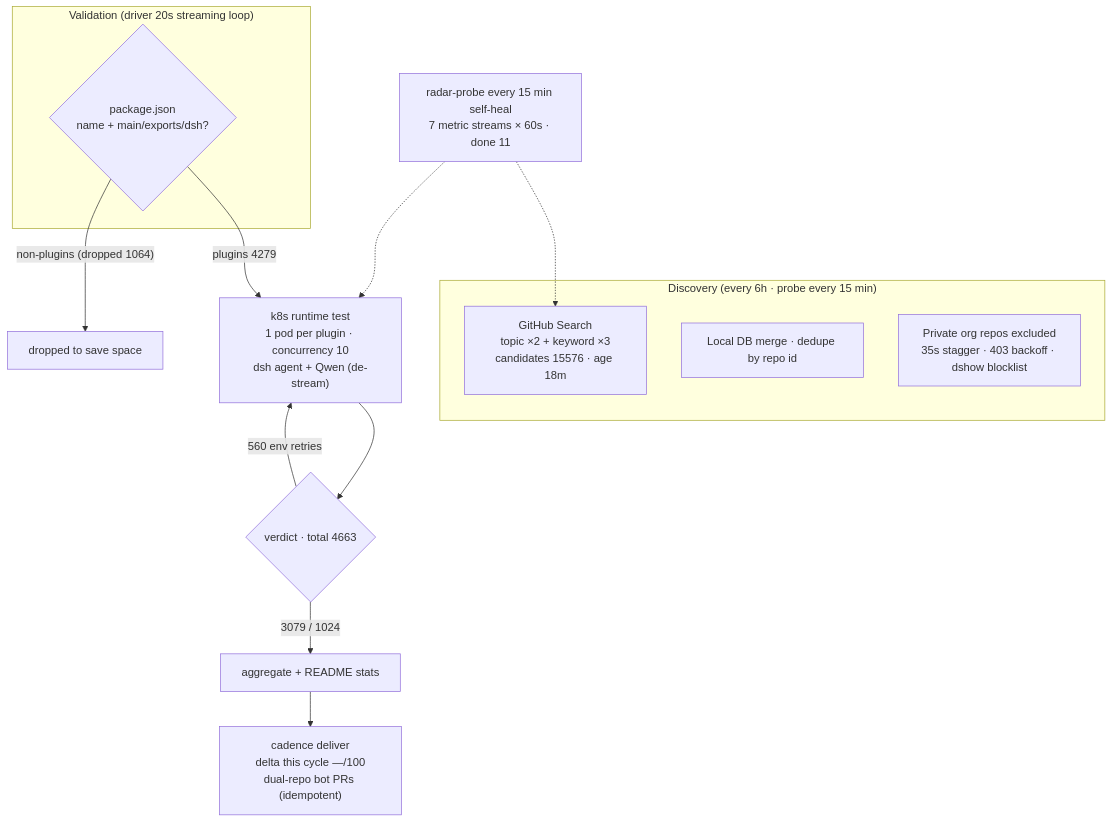
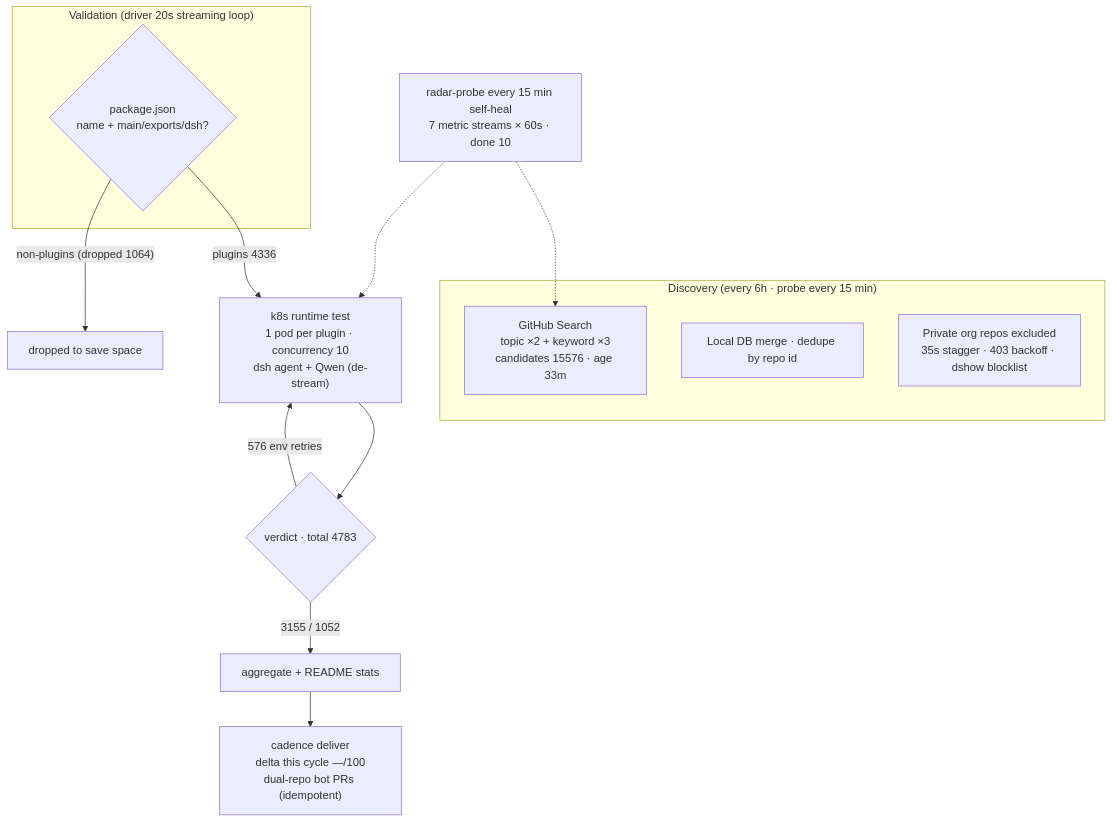
The diagram in README.en-US.md (AdamPlatin123/awesome-dsh-plugins), drawn with Mermaid before and after one commit. The commit also changed other lines of this file and 5 other files, not shown here.

````diff
--- a/README.en-US.md
+++ b/README.en-US.md
@@ -30,20 +30,20 @@
 ```mermaid
 flowchart TB
     subgraph Discovery["Discovery (every 6h · probe every 15 min)"]
-        A1["GitHub Search<br/>topic ×2 + keyword ×3<br/>candidates 15576 · age 18m"]
+        A1["GitHub Search<br/>topic ×2 + keyword ×3<br/>candidates 15576 · age 33m"]
         A2["Local DB merge · dedupe by repo id"]
         A3["Private org repos excluded<br/>35s stagger · 403 backoff · dshow blocklist"]
     end
     subgraph Validation["Validation (driver 20s streaming loop)"]
         B1{"package.json<br/>name + main/exports/dsh?"}
     end
-    B1 -->|"plugins 4279"| C1["k8s runtime test<br/>1 pod per plugin · concurrency 10<br/>dsh agent + Qwen (de-stream)"]
+    B1 -->|"plugins 4336"| C1["k8s runtime test<br/>1 pod per plugin · concurrency 10<br/>dsh agent + Qwen (de-stream)"]
     B1 -->|"non-plugins (dropped 1064)"| B3["dropped to save space"]
-    C1 --> D1{"verdict · total 4663"}
-    D1 -->|"3079 / 1024"| E1["aggregate + README stats"]
-    D1 -->|"560 env retries"| C1
+    C1 --> D1{"verdict · total 4783"}
+    D1 -->|"3155 / 1052"| E1["aggregate + README stats"]
+    D1 -->|"576 env retries"| C1
     E1 --> E2["cadence deliver<br/>delta this cycle —/100<br/>dual-repo bot PRs (idempotent)"]
-    M["radar-probe every 15 min self-heal<br/>7 metric streams × 60s · done 11"]
+    M["radar-probe every 15 min self-heal<br/>7 metric streams × 60s · done 10"]
     M -.-> A1
     M -.-> C1
 ```
````
